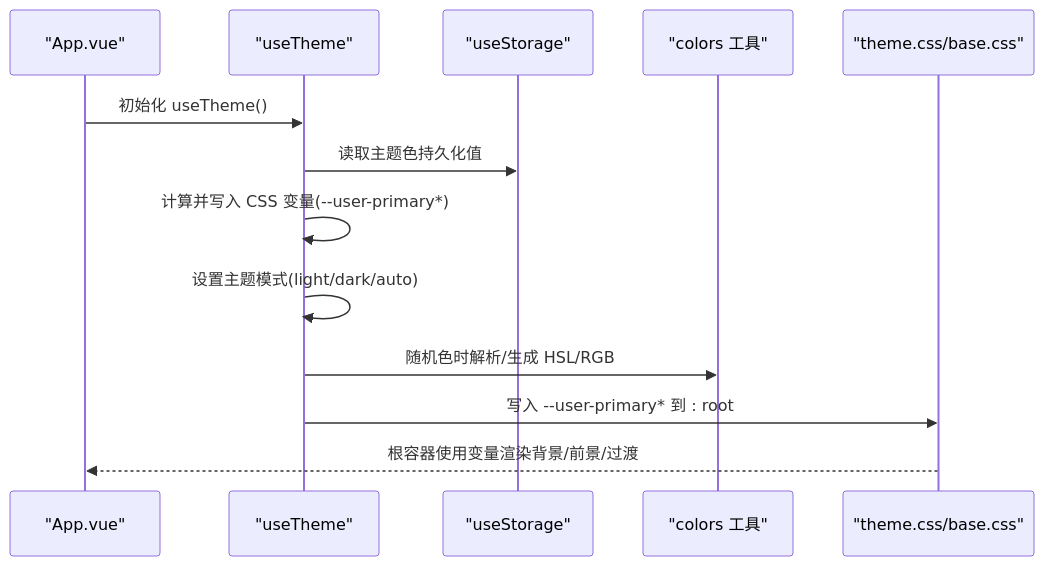
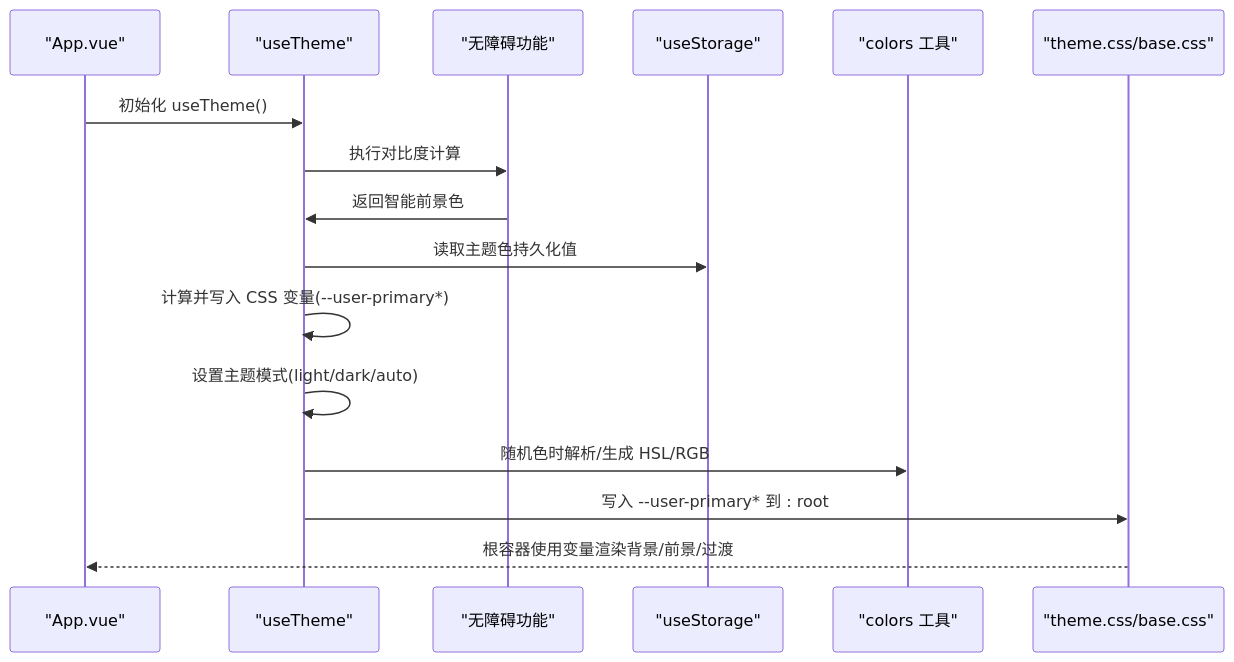
One commit to xixixiaoyu/Todo changed the second of 6 diagrams in .qoder/repowiki/zh/content/前端开发/UI组件库/主题系统.md. Above: the diagram before and after it, drawn with Mermaid. The commit also changed other lines of this file and 3 other files, not shown here.

````diff
--- a/.qoder/repowiki/zh/content/前端开发/UI组件库/主题系统.md
+++ b/.qoder/repowiki/zh/content/前端开发/UI组件库/主题系统.md
@@ -103,15 +115,18 @@
 ```mermaid
 sequenceDiagram
 participant App as "App.vue"
 participant Theme as "useTheme"
+participant Access as "无障碍功能"
 participant Storage as "useStorage"
 participant Color as "colors 工具"
 participant CSS as "theme.css/base.css"
 App->>Theme : 初始化 useTheme()
+Theme->>Access : 执行对比度计算
+Access->>Theme : 返回智能前景色
 Theme->>Storage : 读取主题色持久化值
 Theme->>Theme : 计算并写入 CSS 变量(--user-primary*)
 Theme->>Theme : 设置主题模式(light/dark/auto)
 Theme->>Color : 随机色时解析/生成 HSL/RGB
 Theme->>CSS : 写入 --user-primary* 到 : root
 CSS-->>App : 根容器使用变量渲染背景/前景/过渡
 ```
````
